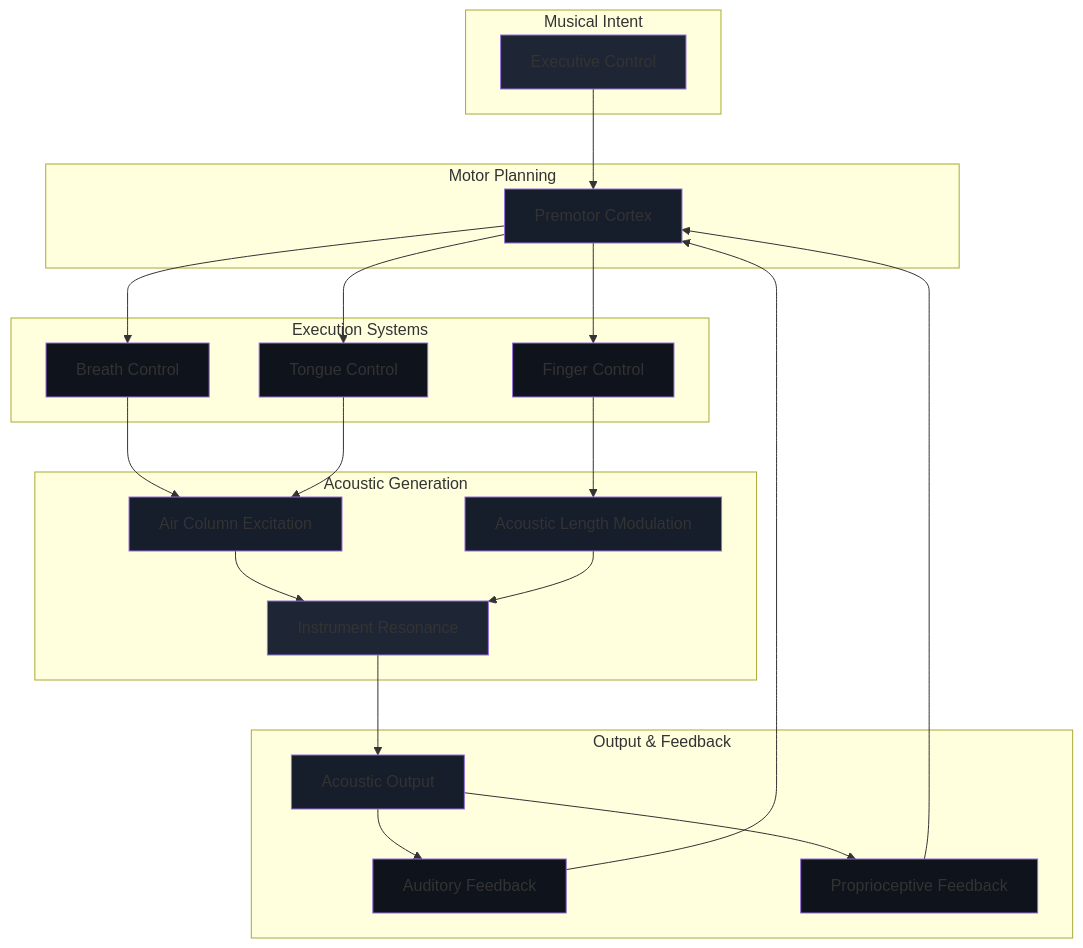
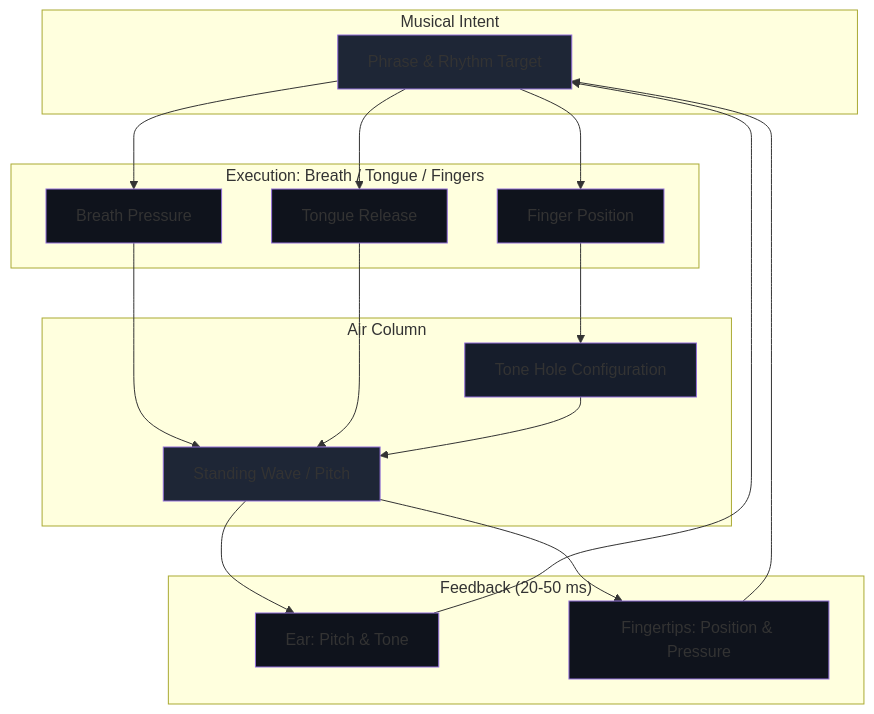
The diagram in topics/arts/music_performance/woodwinds/lesson_03_finger_technique_and_articulation.md (blebleblee/synapse), drawn with Mermaid before and after one commit. The commit also changed other lines of this file and 4 other files, not shown here.

````diff
--- a/topics/arts/music_performance/woodwinds/lesson_03_finger_technique_and_articulation.md
+++ b/topics/arts/music_performance/woodwinds/lesson_03_finger_technique_and_articulation.md
@@ -33,51 +25,40 @@
 ```mermaid
 graph TB
     subgraph sub_intent ["Musical Intent"]
-        A[Executive Control]
+        A["Phrase & Rhythm Target"]
     end
-    subgraph sub_planning ["Motor Planning"]
-        B[Premotor Cortex]
+    subgraph sub_execution ["Execution: Breath / Tongue / Fingers"]
+        B["Breath Pressure"]
+        C["Tongue Release"]
+        D["Finger Position"]
     end
-    subgraph sub_execution ["Execution Systems"]
-        C[Breath Control]
-        D[Tongue Control]
-        E[Finger Control]
+    subgraph sub_acoustic ["Air Column"]
+        E["Tone Hole Configuration"]
+        F["Standing Wave / Pitch"]
     end
-    subgraph sub_acoustics ["Acoustic Generation"]
-        F[Air Column Excitation]
-        G[Acoustic Length Modulation]
-        H[Instrument Resonance]
+    subgraph sub_feedback ["Feedback (20-50 ms)"]
+        G["Ear: Pitch & Tone"]
+        H["Fingertips: Position & Pressure"]
     end
-    subgraph sub_output ["Output & Feedback"]
-        I[Acoustic Output]
-        J[Auditory Feedback]
-        K[Proprioceptive Feedback]
-    end
-    
+
     A --> B
-    B --> C
-    B --> D
-    B --> E
+    A --> C
+    A --> D
+    D --> E
+    B --> F
     C --> F
-    D --> F
-    E --> G
+    E --> F
+    F --> G
     F --> H
-    G --> H
-    H --> I
-    I --> J
-    I --> K
-    J --> B
-    K --> B
-    
+    G --> A
+    H --> A
+
     style A fill:#1E2636
-    style B fill:#161D2B
+    style B fill:#0F131C
     style C fill:#0F131C
     style D fill:#0F131C
-    style E fill:#0F131C
-    style F fill:#161D2B
-    style G fill:#161D2B
-    style H fill:#1E2636
-    style I fill:#161D2B
-    style J fill:#0F131C
-    style K fill:#0F131C
+    style E fill:#161D2B
+    style F fill:#1E2636
+    style G fill:#0F131C
+    style H fill:#0F131C
 ```
````
